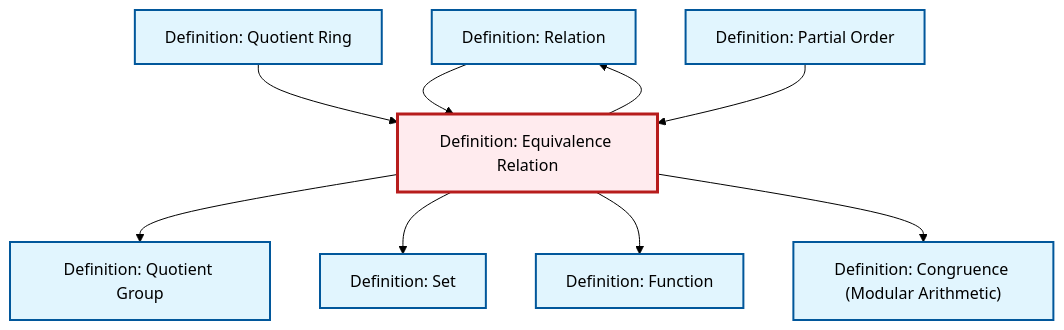
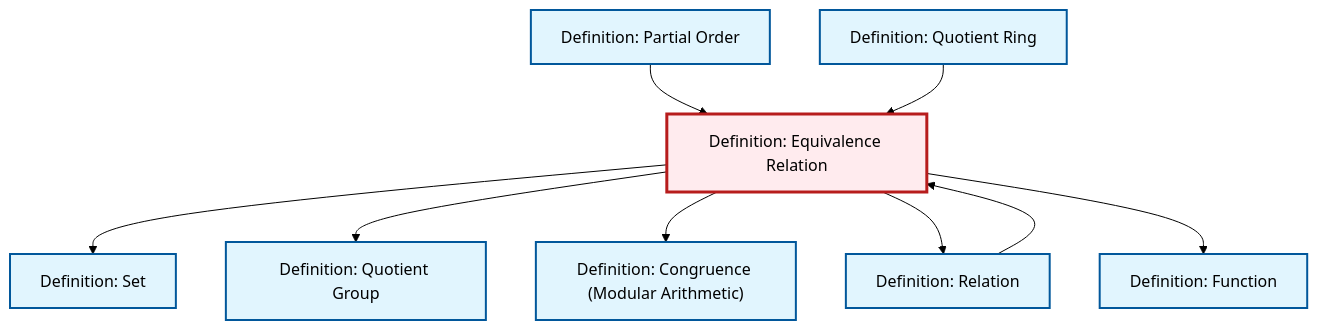
One commit to RK0429/ModernMath changed the diagram in content/en/logic-set-theory/def-equivalence-relation.qmd. Above: the diagram before and after it, drawn with Mermaid (forest theme). The commit also changed other lines of this file and 634 other files, not shown here.

````diff
--- a/content/en/logic-set-theory/def-equivalence-relation.qmd
+++ b/content/en/logic-set-theory/def-equivalence-relation.qmd
@@ -115,33 +115,33 @@
 ```{mermaid}
 %%| fig-cap: "Local dependency graph"
 graph TD
     classDef definition fill:#e1f5fe,stroke:#01579b,stroke-width:2px
     classDef theorem fill:#f3e5f5,stroke:#4a148c,stroke-width:2px
     classDef axiom fill:#fff3e0,stroke:#e65100,stroke-width:2px
     classDef example fill:#e8f5e9,stroke:#1b5e20,stroke-width:2px
     classDef current fill:#ffebee,stroke:#b71c1c,stroke-width:3px
-    def-relation["Definition: Relation"]:::definition
-    def-congruence["Definition: Congruence (Modular Arithmetic)"]:::definition
-    def-set["Definition: Set"]:::definition
-    def-partial-order["Definition: Partial Order"]:::definition
+    def-quotient-ring["Definition: Quotient Ring"]:::definition
     def-quotient-group["Definition: Quotient Group"]:::definition
     def-equivalence-relation["Definition: Equivalence Relation"]:::definition
-    def-quotient-ring["Definition: Quotient Ring"]:::definition
+    def-congruence["Definition: Congruence (Modular Arithmetic)"]:::definition
+    def-partial-order["Definition: Partial Order"]:::definition
     def-function["Definition: Function"]:::definition
+    def-relation["Definition: Relation"]:::definition
+    def-set["Definition: Set"]:::definition
+    def-equivalence-relation --> def-set
     def-equivalence-relation --> def-quotient-group
     def-relation --> def-equivalence-relation
-    def-equivalence-relation --> def-relation
-    def-equivalence-relation --> def-set
-    def-equivalence-relation --> def-function
-    def-quotient-ring --> def-equivalence-relation
     def-equivalence-relation --> def-congruence
     def-partial-order --> def-equivalence-relation
+    def-equivalence-relation --> def-relation
+    def-quotient-ring --> def-equivalence-relation
+    def-equivalence-relation --> def-function
     class def-equivalence-relation current
+    click def-quotient-ring "def-quotient-ring.html" "Go to Quotient Ring definition"
+    click def-quotient-group "def-quotient-group.html" "Go to Quotient Group definition"
+    click def-congruence "def-congruence.html" "Go to Congruence (Modular Arithmetic) definition"
+    click def-partial-order "def-partial-order.html" "Go to Partial Order definition"
+    click def-function "def-function.html" "Go to Function definition"
     click def-relation "def-relation.html" "Go to Relation definition"
-    click def-congruence "def-congruence.html" "Go to Congruence (Modular Arithmetic) definition"
     click def-set "def-set.html" "Go to Set definition"
-    click def-partial-order "def-partial-order.html" "Go to Partial Order definition"
-    click def-quotient-group "def-quotient-group.html" "Go to Quotient Group definition"
-    click def-quotient-ring "def-quotient-ring.html" "Go to Quotient Ring definition"
-    click def-function "def-function.html" "Go to Function definition"
 ```
````
